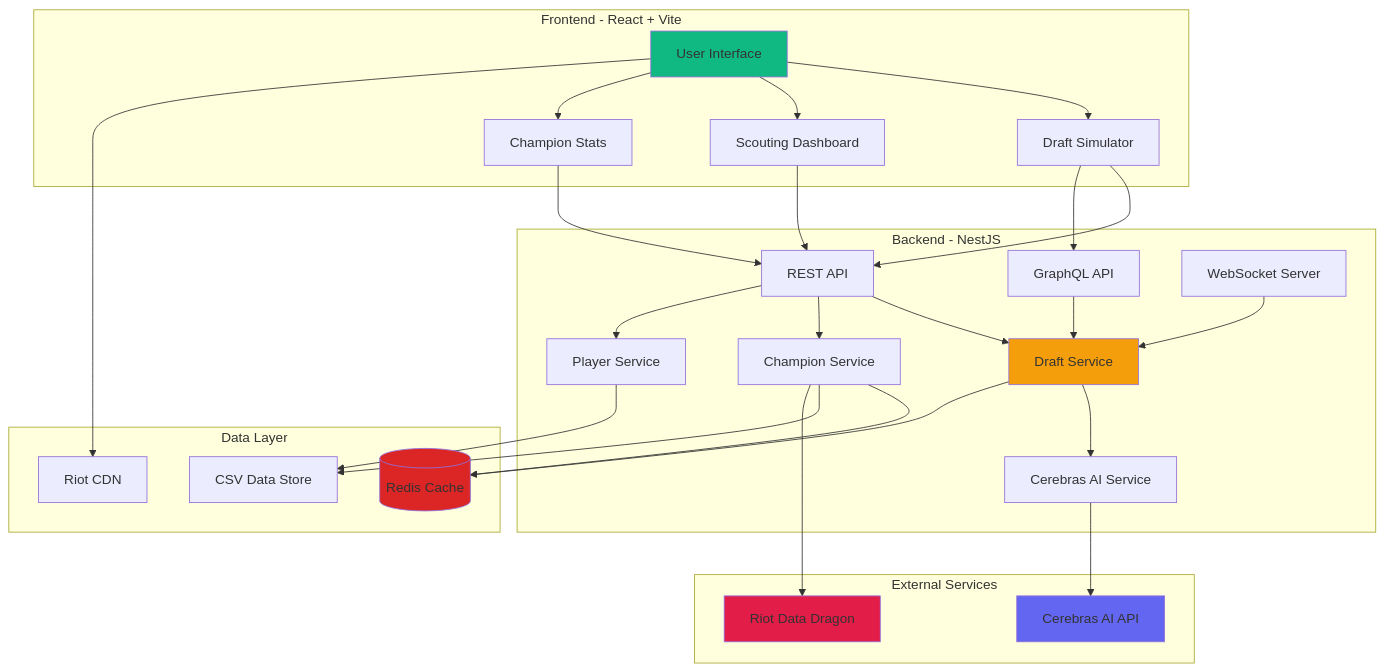
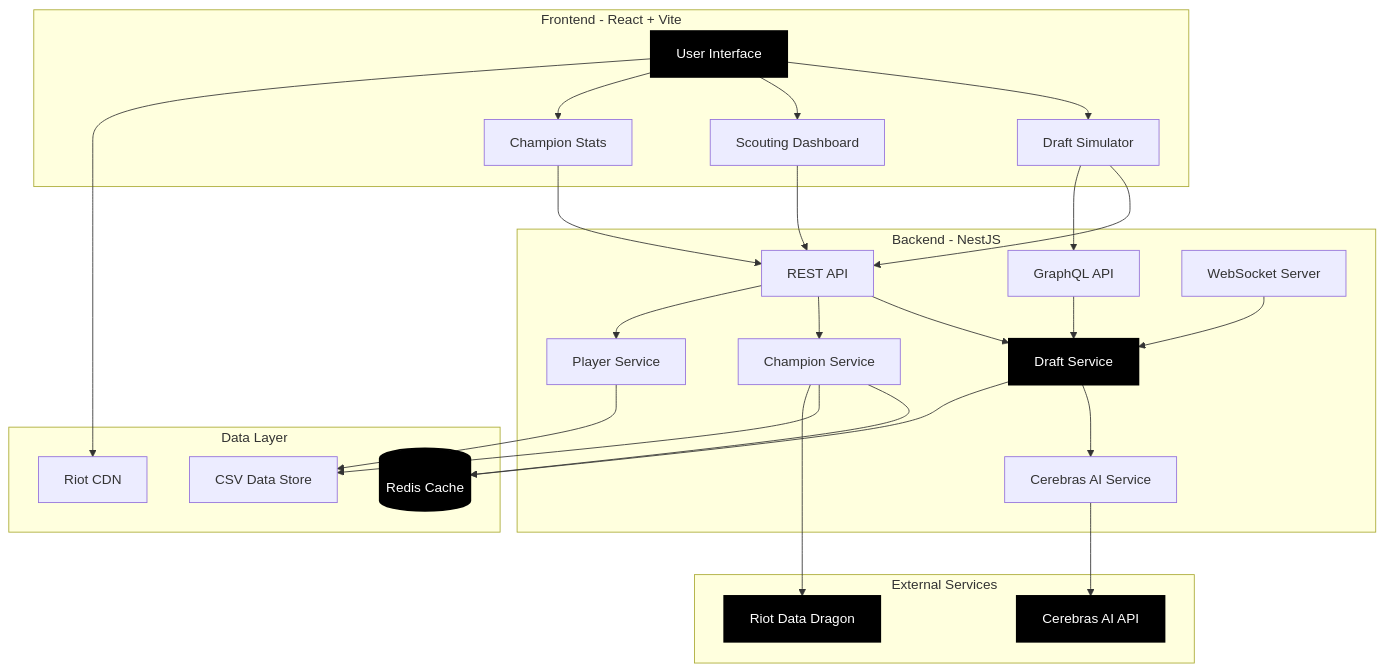
The first of 4 diagrams in README.md (MoriatzLabs/TeamBuilder), drawn with Mermaid before and after one commit. The commit also changed other lines of this file, not shown here.

Commit message:
readme fix

````diff
--- a/README.md
+++ b/README.md
@@ -21,64 +21,64 @@
 ```mermaid
 graph TB
     subgraph "Frontend - React + Vite"
         UI[User Interface]
         DraftUI[Draft Simulator]
         ScoutUI[Scouting Dashboard]
         StatsUI[Champion Stats]
         
         UI --> DraftUI
         UI --> ScoutUI
         UI --> StatsUI
     end
     
     subgraph "Backend - NestJS"
         API[REST API]
         GraphQL[GraphQL API]
         WS[WebSocket Server]
         
         DraftService[Draft Service]
         AIService[Cerebras AI Service]
         ChampService[Champion Service]
         PlayerService[Player Service]
         
         API --> DraftService
         API --> ChampService
         API --> PlayerService
         GraphQL --> DraftService
         WS --> DraftService
         
         DraftService --> AIService
     end
     
     subgraph "Data Layer"
         Redis[(Redis Cache)]
         CSV[CSV Data Store]
         CDN[Riot CDN]
     end
     
     subgraph "External Services"
         Cerebras[Cerebras AI API]
         RiotAPI[Riot Data Dragon]
     end
     
     DraftUI --> API
     DraftUI --> GraphQL
     ScoutUI --> API
     StatsUI --> API
     
     DraftService --> Redis
     ChampService --> Redis
     ChampService --> CSV
     PlayerService --> CSV
     
     AIService --> Cerebras
     ChampService --> RiotAPI
     
     UI --> CDN
     
-    style Cerebras fill:#6366f1
-    style RiotAPI fill:#e11d48
-    style Redis fill:#dc2626
-    style UI fill:#10b981
-    style DraftService fill:#f59e0b
+    style Cerebras fill:#000,stroke:#000,stroke-width:2px,color:#fff
+    style RiotAPI fill:#000,stroke:#000,stroke-width:2px,color:#fff
+    style Redis fill:#000,stroke:#000,stroke-width:2px,color:#fff
+    style UI fill:#000,stroke:#000,stroke-width:2px,color:#fff
+    style DraftService fill:#000,stroke:#000,stroke-width:2px,color:#fff
 ```
````
